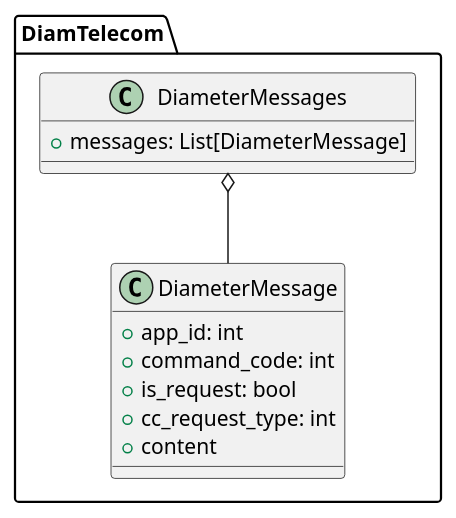
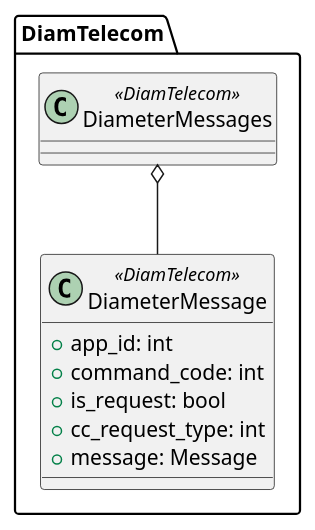
Before and after one commit to bilotto/DiamTelecom: the diagram in diagrams/diameter/message.puml, drawn with PlantUML. The commit also changed 7 other files, not shown here.

```diff
--- a/diagrams/diameter/message.puml
+++ b/diagrams/diameter/message.puml
@@ -1,17 +1,16 @@
 @startuml
 package DiamTelecom {
-    class DiameterMessage {
+    class DiameterMessage <<DiamTelecom>> {
         +app_id: int
         +command_code: int
         +is_request: bool
         +cc_request_type: int
-        +content
+        +message: Message
     }
 
-    class DiameterMessages {
-        +messages: List[DiameterMessage]
+    class DiameterMessages <<DiamTelecom>> {
     }
 
-DiameterMessages o-- DiameterMessage
+    DiameterMessages o-- DiameterMessage
 }
 @enduml
```
